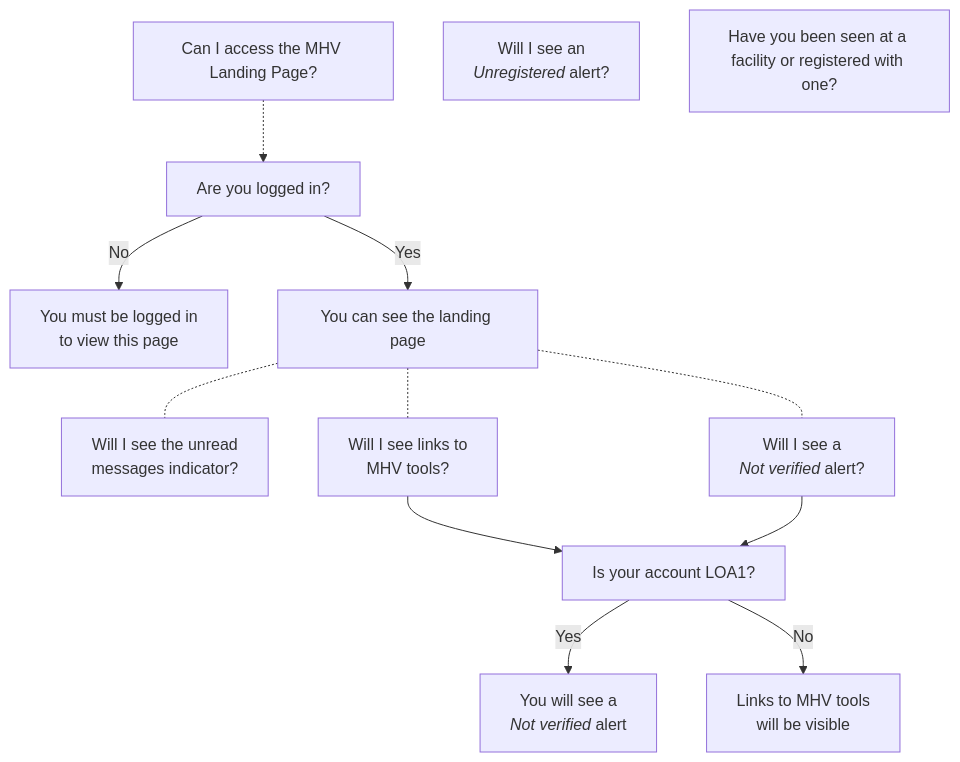
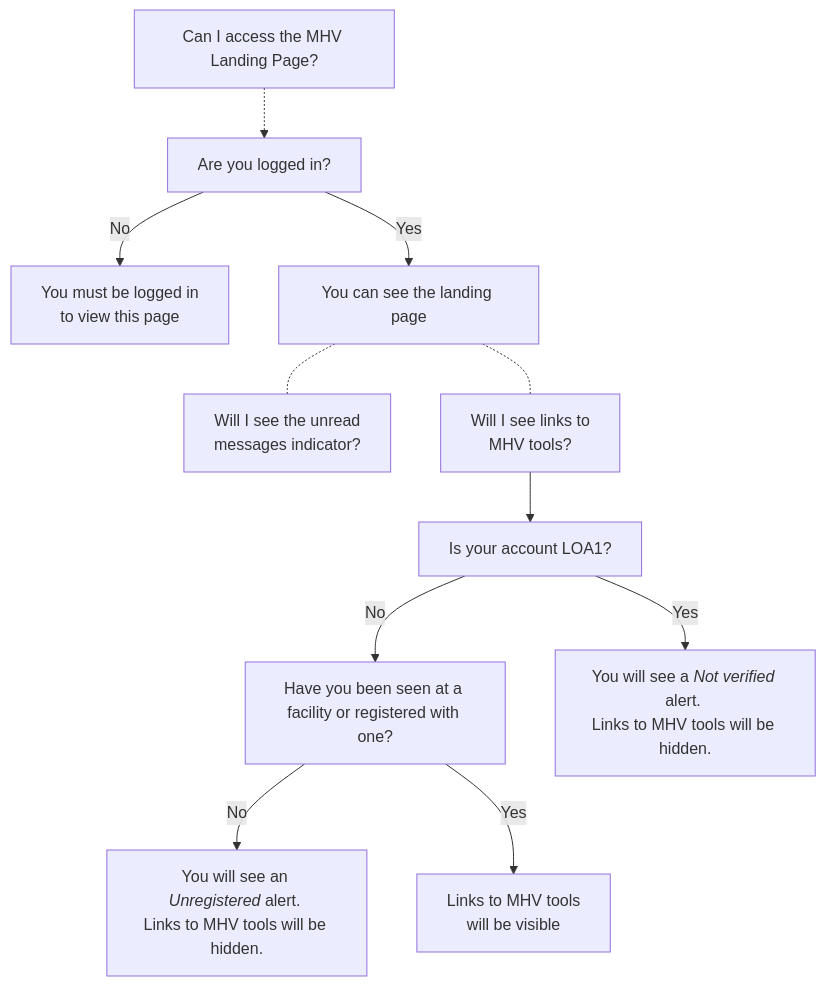
Before and after one commit to department-of-veterans-affairs/va.gov-team: the first of 3 diagrams in products/health-care/digital-health-modernization/engineering/mhv-access-visibility-graphs.md, drawn with Mermaid. The commit also changed other lines of this file, not shown here.

First line of the commit message:
Update mhv-access-visibility-graphs.md

````diff
--- a/products/health-care/digital-health-modernization/engineering/mhv-access-visibility-graphs.md
+++ b/products/health-care/digital-health-modernization/engineering/mhv-access-visibility-graphs.md
@@ -3,27 +9,26 @@
 ```mermaid
 graph TD
 
 MHVLanding.AccessQ[Can I access the MHV Landing Page?]
 MHVLanding.LoggedInQ[Are you logged in?]
 MHVLanding.AuthReq[You must be logged in <br>to view this page]
 MHVLanding.Viewable[You can see the landing page]
 MHVLanding.MessagesDotQ[Will I see the unread <br>messages indicator?]
 MHVLanding.ToolLinksQ[Will I see links to <br>MHV tools?]
-MHVLanding.UnverifiedQ[Will I see a <br><i>Not verified</i> alert?]
-MHVLanding.UnregisteredQ[Will I see an <br><i>Unregistered</i> alert?]
 MHVLanding.FacilitiesQ[Have you been seen at a facility or registered with one?]
 MHVLanding.LOA1Q[Is your account LOA1?]
-MHVLanding.ShowUnverified[You will see a <br><i>Not verified</i> alert]
+MHVLanding.ShowUnverified[You will see a <i>Not verified</i> alert. <br>Links to MHV tools will be hidden.]
+MHVLanding.ShowUnregistered[You will see an <i>Unregistered</i> alert. <br>Links to MHV tools will be hidden.]
 MHVLanding.ToolLinksVisible[Links to MHV tools <br>will be visible]
 
 MHVLanding.AccessQ -.-> MHVLanding.LoggedInQ
 MHVLanding.LoggedInQ -->|No| MHVLanding.AuthReq
 MHVLanding.LoggedInQ -->|Yes| MHVLanding.Viewable
 MHVLanding.Viewable -.- MHVLanding.MessagesDotQ
-MHVLanding.Viewable -.- MHVLanding.UnverifiedQ
 MHVLanding.Viewable -.- MHVLanding.ToolLinksQ
 MHVLanding.ToolLinksQ --> MHVLanding.LOA1Q
-MHVLanding.UnverifiedQ --> MHVLanding.LOA1Q
 MHVLanding.LOA1Q -->|Yes| MHVLanding.ShowUnverified
-MHVLanding.LOA1Q -->|No| MHVLanding.ToolLinksVisible
+MHVLanding.LOA1Q -->|No| MHVLanding.FacilitiesQ
+MHVLanding.FacilitiesQ -->|No| MHVLanding.ShowUnregistered
+MHVLanding.FacilitiesQ -->|Yes| MHVLanding.ToolLinksVisible
 ```
````
